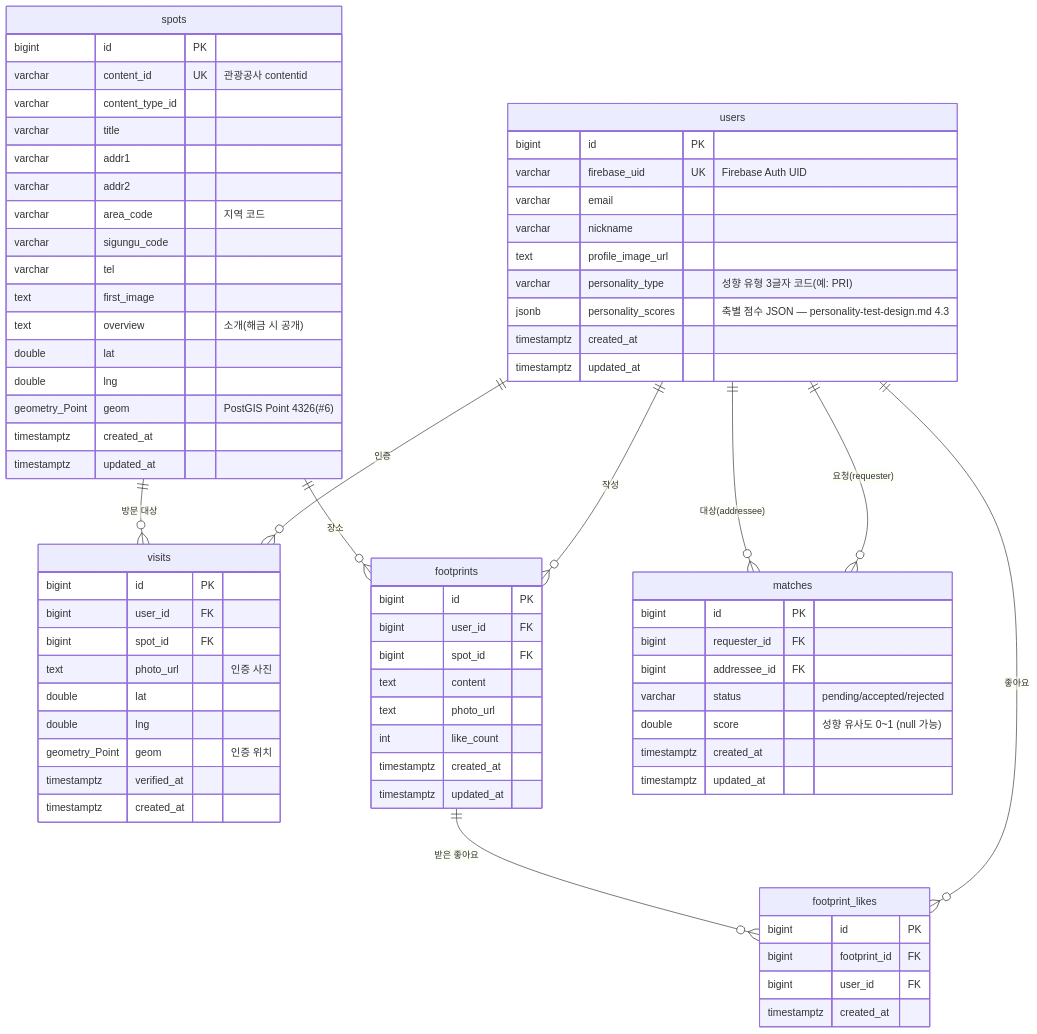
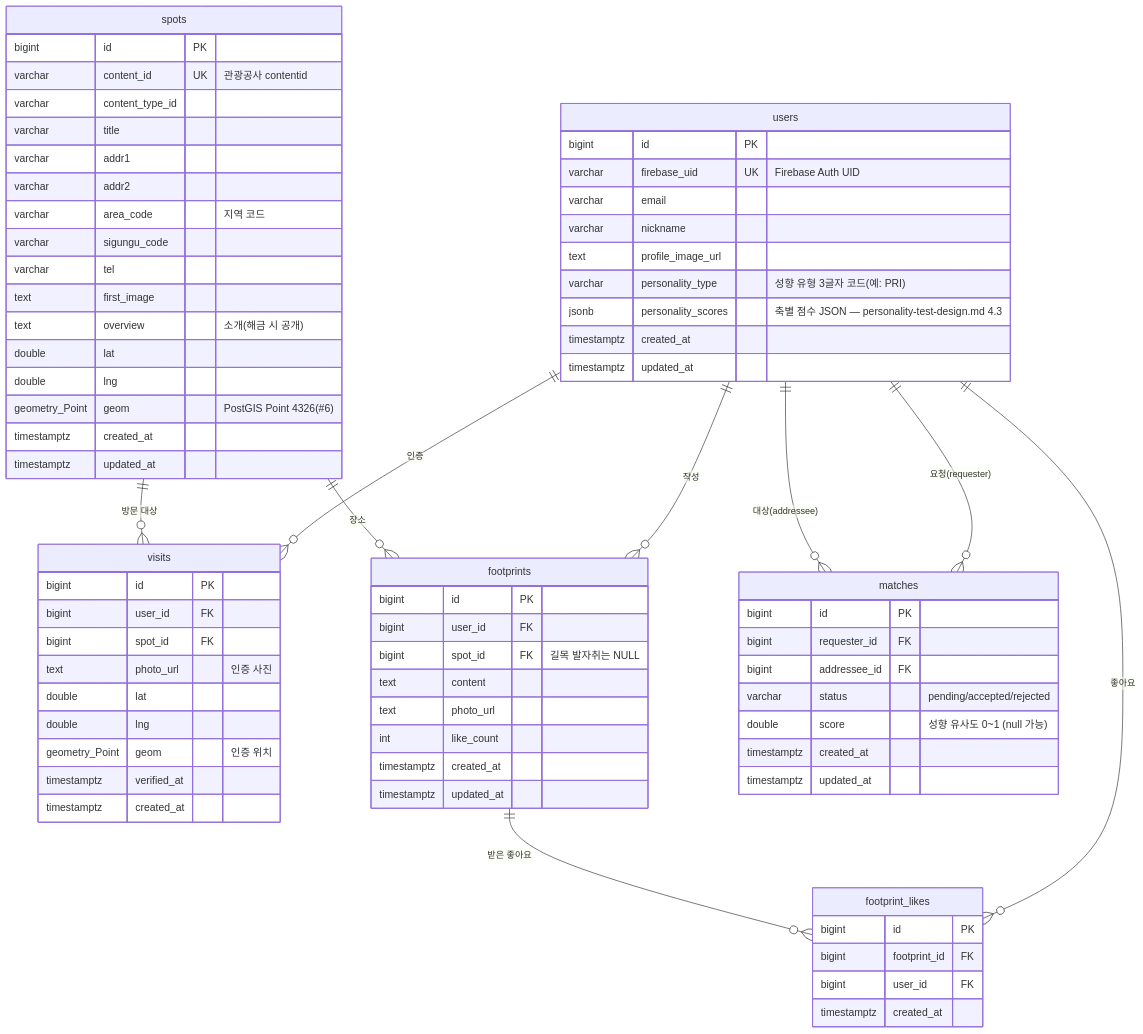
Before and after one commit to FogMap2026/FogApp: the diagram in docs/ERD.md, drawn with Mermaid. The commit also changed other lines of this file and 3 other files, not shown here.

````diff
--- a/docs/ERD.md
+++ b/docs/ERD.md
@@ -14,82 +18,82 @@
 ```mermaid
 erDiagram
     users      ||--o{ visits          : "인증"
     users      ||--o{ footprints      : "작성"
     users      ||--o{ matches         : "요청(requester)"
     users      ||--o{ matches         : "대상(addressee)"
     users      ||--o{ footprint_likes : "좋아요"
     spots      ||--o{ visits          : "방문 대상"
     spots      ||--o{ footprints      : "장소"
     footprints ||--o{ footprint_likes : "받은 좋아요"
 
     users {
         bigint      id PK
         varchar     firebase_uid UK "Firebase Auth UID"
         varchar     email
         varchar     nickname
         text        profile_image_url
         varchar     personality_type  "성향 유형 3글자 코드(예: PRI)"
         jsonb       personality_scores "축별 점수 JSON — personality-test-design.md 4.3"
         timestamptz created_at
         timestamptz updated_at
     }
 
     spots {
         bigint          id PK
         varchar         content_id UK "관광공사 contentid"
         varchar         content_type_id
         varchar         title
         varchar         addr1
         varchar         addr2
         varchar         area_code "지역 코드"
         varchar         sigungu_code
         varchar         tel
         text            first_image
         text            overview "소개(해금 시 공개)"
         double          lat
         double          lng
         geometry_Point  geom "PostGIS Point 4326(#6)"
         timestamptz     created_at
         timestamptz     updated_at
     }
 
     visits {
         bigint          id PK
         bigint          user_id FK
         bigint          spot_id FK
         text            photo_url "인증 사진"
         double          lat
         double          lng
         geometry_Point  geom "인증 위치"
         timestamptz     verified_at
         timestamptz     created_at
     }
 
     footprints {
         bigint      id PK
         bigint      user_id FK
-        bigint      spot_id FK
+        bigint      spot_id FK "길목 발자취는 NULL"
         text        content
         text        photo_url
         int         like_count
         timestamptz created_at
         timestamptz updated_at
     }
 
     matches {
         bigint      id PK
         bigint      requester_id FK
         bigint      addressee_id FK
         varchar     status "pending/accepted/rejected"
         double      score "성향 유사도 0~1 (null 가능)"
         timestamptz created_at
         timestamptz updated_at
     }
 
     footprint_likes {
         bigint      id PK
         bigint      footprint_id FK
         bigint      user_id FK
         timestamptz created_at
     }
 ```
````
